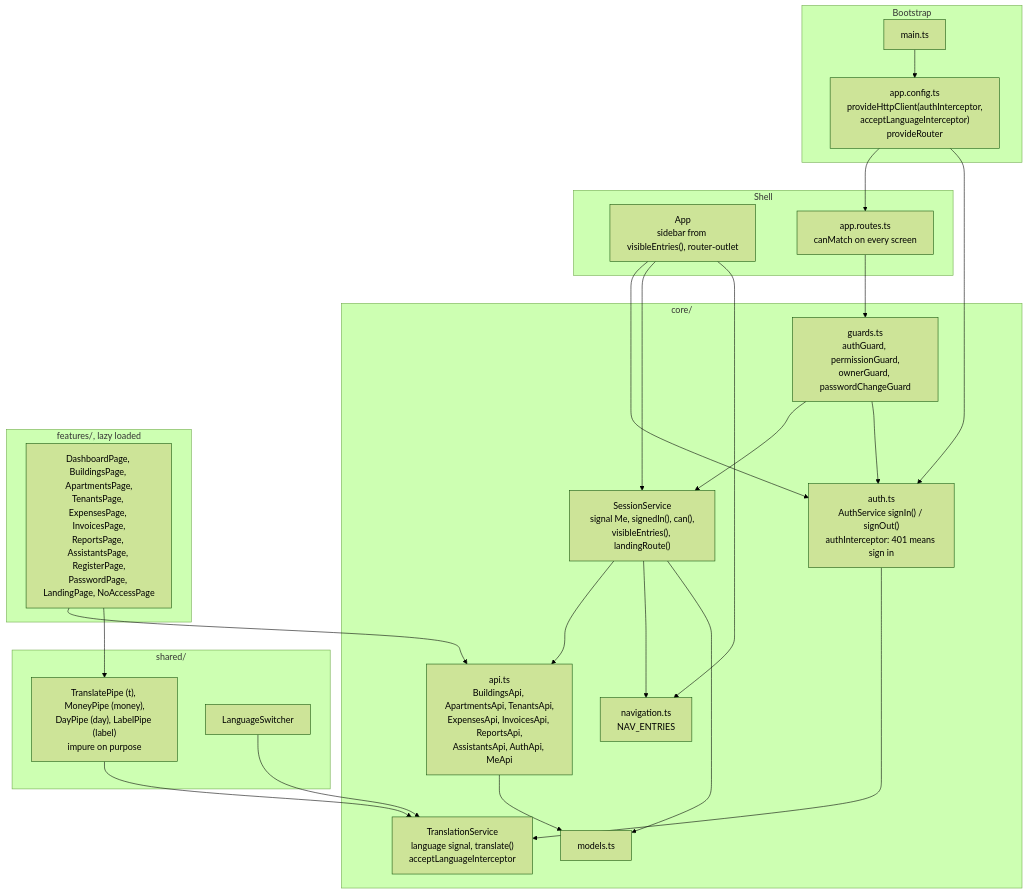
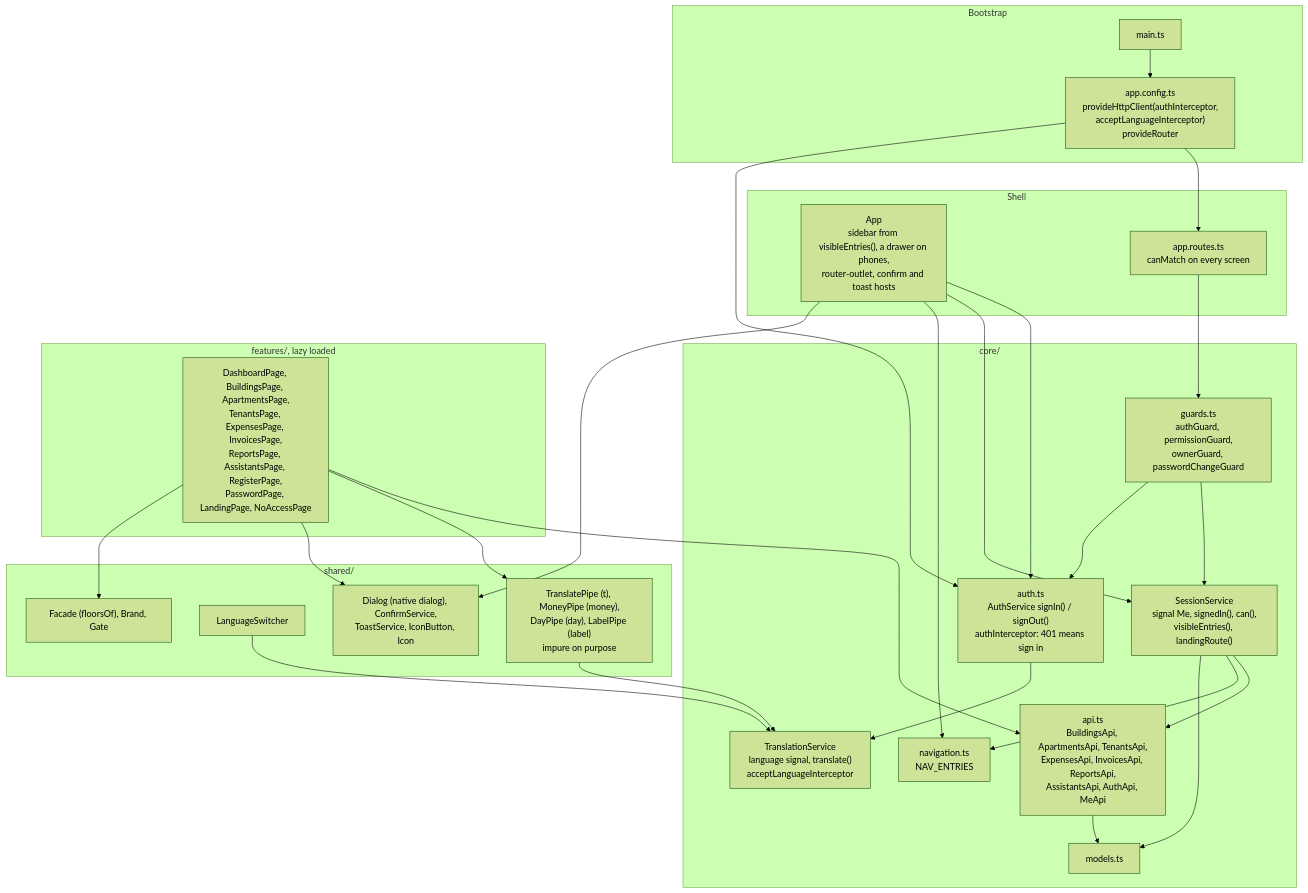
Before and after one commit to stephane-nganou/building-management-systems: the sixth of 19 diagrams in docs/ARCHITECTURE_DIAGRAMS.md, drawn with Mermaid (forest theme). The commit also changed other lines of this file and 15 other files, not shown here.

````diff
--- a/docs/ARCHITECTURE_DIAGRAMS.md
+++ b/docs/ARCHITECTURE_DIAGRAMS.md
@@ -488,50 +488,55 @@
 ```mermaid
 flowchart TB
     subgraph boot["Bootstrap"]
         main["main.ts"]
         appcfg["app.config.ts<br/>provideHttpClient(authInterceptor,<br/>acceptLanguageInterceptor)<br/>provideRouter"]
     end
 
     subgraph shell["Shell"]
-        app["App<br/>sidebar from visibleEntries(), router-outlet"]
+        app["App<br/>sidebar from visibleEntries(), a drawer on phones,<br/>router-outlet, confirm and toast hosts"]
         routes["app.routes.ts<br/>canMatch on every screen"]
     end
 
     subgraph core["core/"]
         session["SessionService<br/>signal Me, signedIn(), can(),<br/>visibleEntries(), landingRoute()"]
         auth["auth.ts<br/>AuthService signIn() / signOut()<br/>authInterceptor: 401 means sign in"]
         guards["guards.ts<br/>authGuard, permissionGuard,<br/>ownerGuard, passwordChangeGuard"]
         api["api.ts<br/>BuildingsApi, ApartmentsApi, TenantsApi,<br/>ExpensesApi, InvoicesApi, ReportsApi,<br/>AssistantsApi, AuthApi, MeApi"]
         i18n["TranslationService<br/>language signal, translate()<br/>acceptLanguageInterceptor"]
         nav["navigation.ts<br/>NAV_ENTRIES"]
         models["models.ts"]
     end
 
     subgraph features["features/, lazy loaded"]
         pages["DashboardPage, BuildingsPage, ApartmentsPage,<br/>TenantsPage, ExpensesPage, InvoicesPage,<br/>ReportsPage, AssistantsPage, RegisterPage,<br/>PasswordPage, LandingPage, NoAccessPage"]
     end
 
     subgraph sharedui["shared/"]
         pipes["TranslatePipe (t), MoneyPipe (money),<br/>DayPipe (day), LabelPipe (label)<br/>impure on purpose"]
         lang["LanguageSwitcher"]
+        ui["Dialog (native dialog), ConfirmService,<br/>ToastService, IconButton, Icon"]
+        look["Facade (floorsOf), Brand, Gate"]
     end
 
     main --> appcfg
     appcfg --> routes
     appcfg --> auth
     routes --> guards
     guards --> session
     guards --> auth
     auth --> i18n
     app --> auth
     app --> session
     app --> nav
     session --> api
     session --> nav
     pages --> api
     pages --> pipes
+    pages --> ui
+    pages --> look
+    app --> ui
     pipes --> i18n
     lang --> i18n
     api --> models
     session --> models
 ```
````
